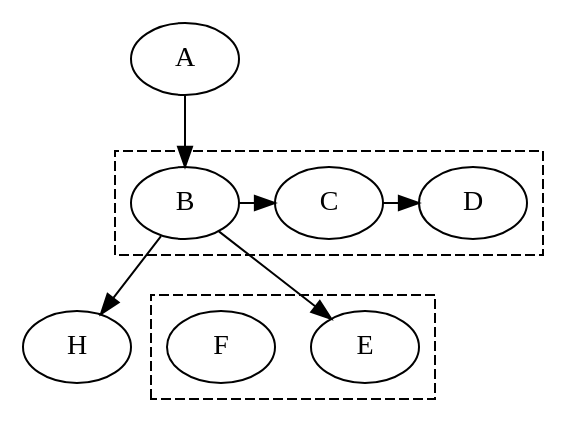
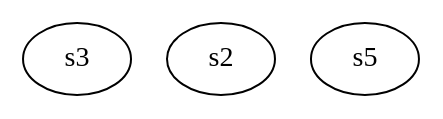
One commit to sisyphus1212/note changed the diagram in dpdk/内存管理.md. Above: the diagram before and after it, drawn with Graphviz.

Commit message:
auto_update

````diff
--- a/dpdk/内存管理.md
+++ b/dpdk/内存管理.md
@@ -16,22 +16,13 @@
 ```graphviz
 digraph {
+    subgraph {
+        rankdir = LR;
+        rank = same;
 
-	A;H;
-	subgraph cluster_a {
-		style = "dashed";
-		{rank="same"; B;C;D}
-		B;C;D;
-		B->C->D;
-	}
-	subgraph cluster_b {
-		style = "dashed";
-		E;F;
-	}
-
-	A->B;
-	B->E;
-	B->H;
+        s3 -> s2 [style = invis;];
+        s2 -> s5 [style = invis;];
+    }
 }
 
 
 ```
````
